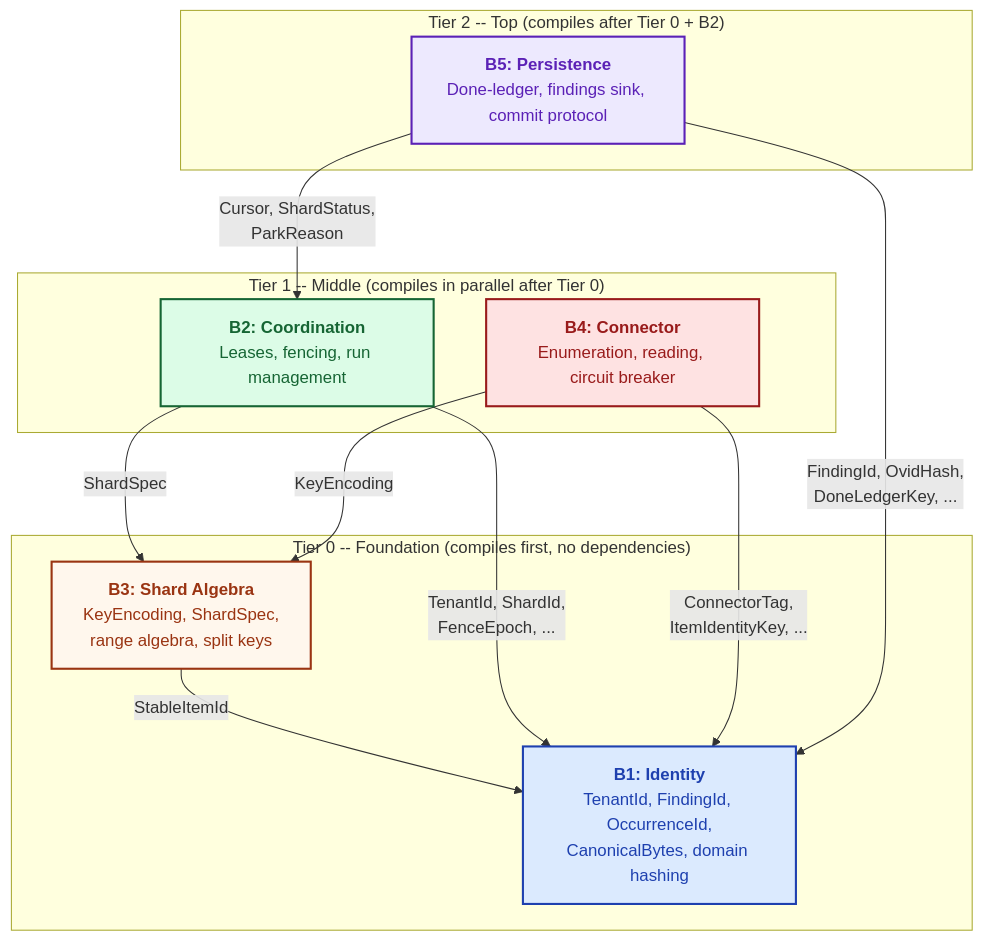
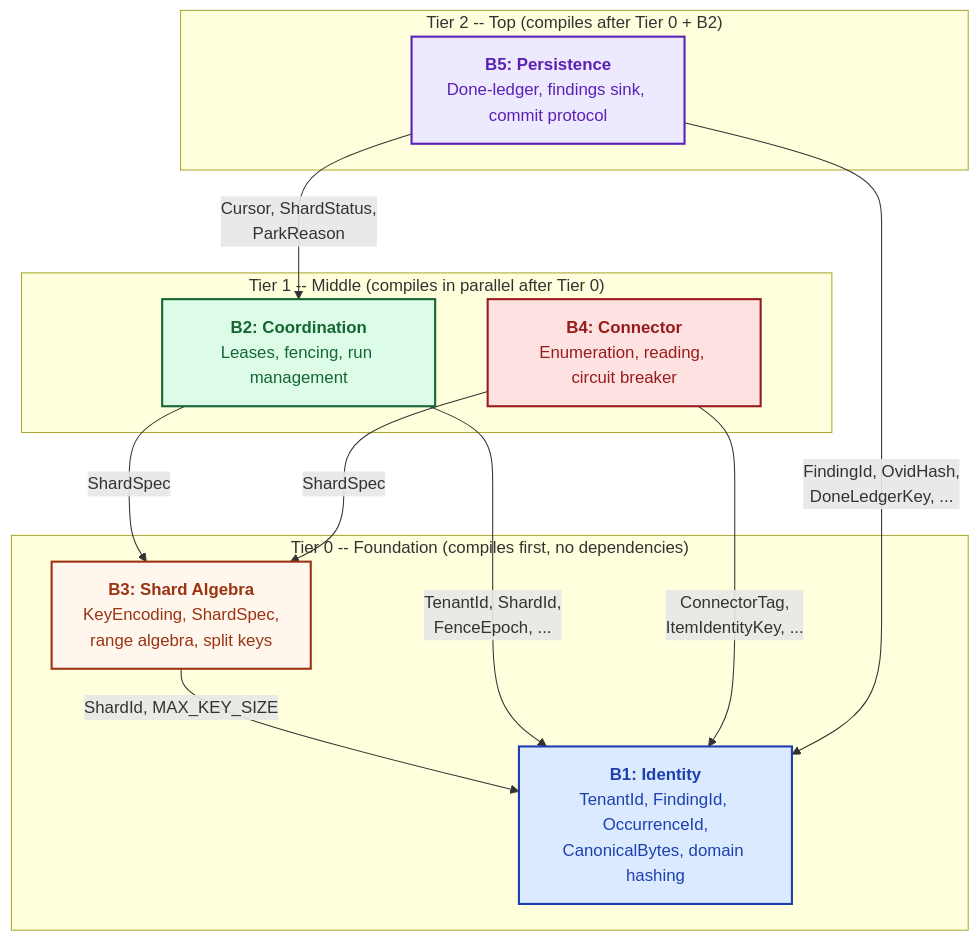
One commit to ahrav/Gossip-rs changed the second of 3 diagrams in diagrams/02-boundary-dependency-graph.md. Above: the diagram before and after it, drawn with Mermaid. The commit also changed other lines of this file and 8 other files, not shown here.

````diff
--- a/diagrams/02-boundary-dependency-graph.md
+++ b/diagrams/02-boundary-dependency-graph.md
@@ -112,31 +112,31 @@
 ```mermaid
 %% Diagram: tiered-compilation-view
 graph TD
     subgraph "Tier 0 -- Foundation (compiles first, no dependencies)"
         B1["<b>B1: Identity</b><br/>TenantId, FindingId, OccurrenceId,<br/>CanonicalBytes, domain hashing"]
         B3["<b>B3: Shard Algebra</b><br/>KeyEncoding, ShardSpec,<br/>range algebra, split keys"]
     end
 
     subgraph "Tier 1 -- Middle (compiles in parallel after Tier 0)"
         B2["<b>B2: Coordination</b><br/>Leases, fencing, run management"]
         B4["<b>B4: Connector</b><br/>Enumeration, reading, circuit breaker"]
     end
 
     subgraph "Tier 2 -- Top (compiles after Tier 0 + B2)"
         B5["<b>B5: Persistence</b><br/>Done-ledger, findings sink, commit protocol"]
     end
 
-    B3 -->|"StableItemId"| B1
+    B3 -->|"ShardId, MAX_KEY_SIZE"| B1
     B2 -->|"TenantId, ShardId,<br/>FenceEpoch, ..."| B1
     B2 -->|"ShardSpec"| B3
     B4 -->|"ConnectorTag,<br/>ItemIdentityKey, ..."| B1
-    B4 -->|"KeyEncoding"| B3
+    B4 -->|"ShardSpec"| B3
     B5 -->|"FindingId, OvidHash,<br/>DoneLedgerKey, ..."| B1
     B5 -->|"Cursor, ShardStatus,<br/>ParkReason"| B2
 
     style B1 fill:#DBEAFE,stroke:#1E40AF,stroke-width:2px,color:#1E40AF
     style B2 fill:#DCFCE7,stroke:#166534,stroke-width:2px,color:#166534
     style B3 fill:#FFF7ED,stroke:#9A3412,stroke-width:2px,color:#9A3412
     style B4 fill:#FEE2E2,stroke:#991B1B,stroke-width:2px,color:#991B1B
     style B5 fill:#EDE9FE,stroke:#5B21B6,stroke-width:2px,color:#5B21B6
 ```
````
